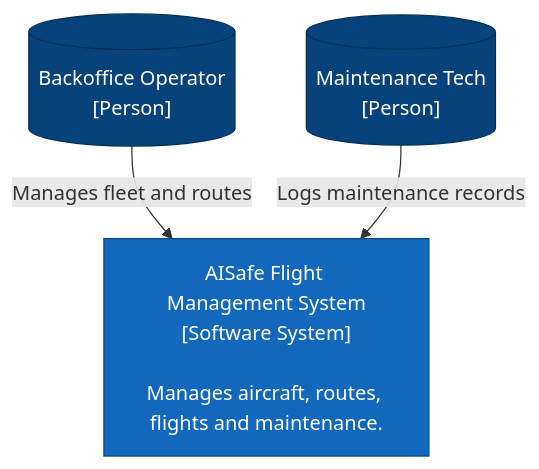
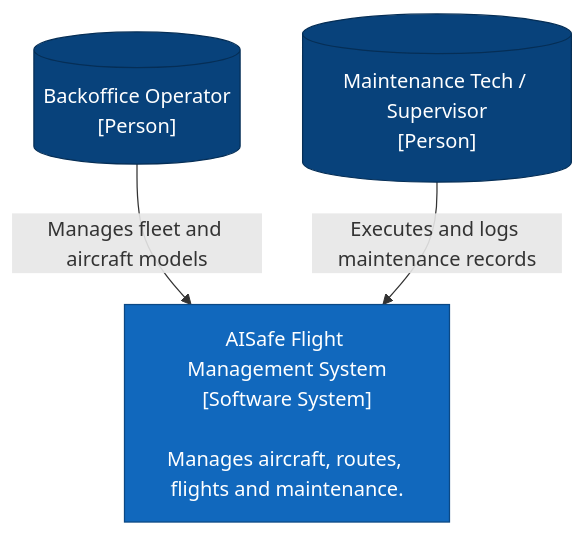
The first of 4 diagrams in docs/C4-Model.md (ImJay1527/aircraft-maintenance-service), drawn with Mermaid before and after one commit. The commit also changed other lines of this file and 4 other files, not shown here.

Commit message:
docs: bring all architecture, C4 models, README and handoff into 100% agreement with active code

````diff
--- a/docs/C4-Model.md
+++ b/docs/C4-Model.md
@@ -8,15 +8,15 @@
 ```mermaid
 flowchart TD
     %% Styling
     classDef person fill:#08427b,stroke:#052e56,color:#fff
     classDef system fill:#1168bd,stroke:#0b4884,color:#fff
     
     %% Nodes
     Op[("Backoffice Operator\n[Person]")]:::person
-    Tech[("Maintenance Tech\n[Person]")]:::person
+    Tech[("Maintenance Tech / Supervisor\n[Person]")]:::person
     Sys["AISafe Flight Management System\n[Software System]\n\nManages aircraft, routes, flights and maintenance."]:::system
     
     %% Relationships
-    Op -- "Manages fleet and routes" --> Sys
-    Tech -- "Logs maintenance records" --> Sys
+    Op -- "Manages fleet and aircraft models" --> Sys
+    Tech -- "Executes and logs maintenance records" --> Sys
 ```
````
